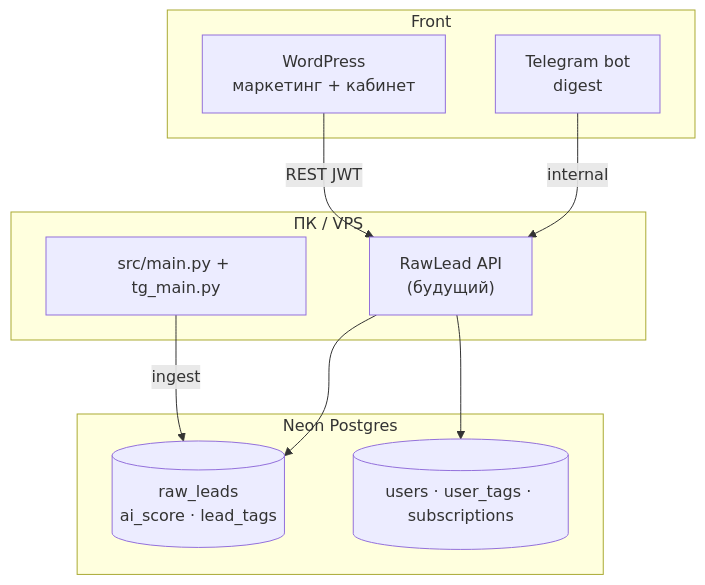
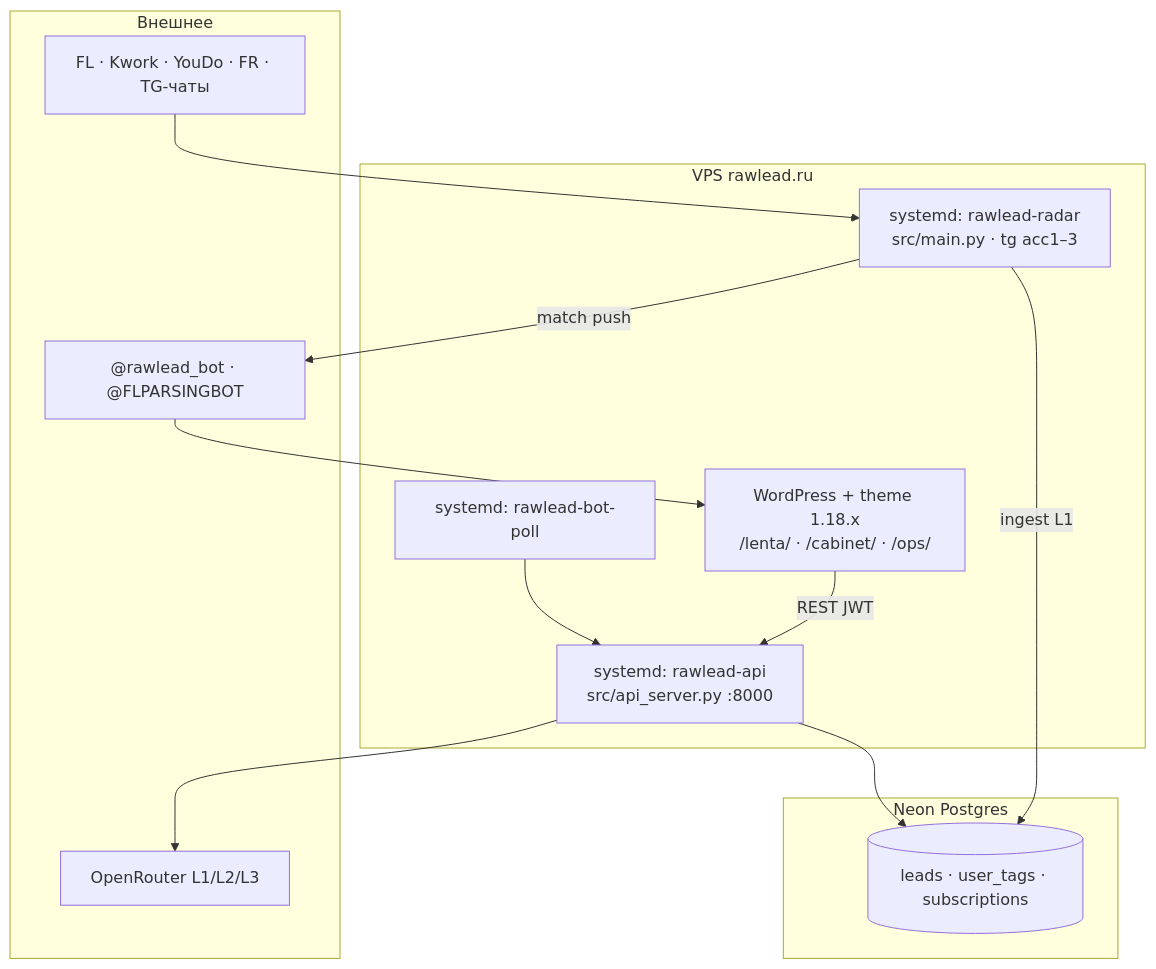
Before and after one commit to Rode51/rawlead: the first of 3 diagrams in docs/team/architect/ARCHITECTURE.md, drawn with Mermaid. The commit also changed other lines of this file and 5 other files, not shown here.

First line of the commit message:
docs: ARCHITECTURE v0.12 prod VPS; O121-w2b verify

````diff
--- a/docs/team/architect/ARCHITECTURE.md
+++ b/docs/team/architect/ARCHITECTURE.md
@@ -16,21 +13,26 @@
 ```mermaid
 flowchart TB
-  subgraph pc["ПК / VPS"]
-    RADAR["src/main.py + tg_main.py"]
-    API["RawLead API\n(будущий)"]
+  subgraph vps["VPS rawlead.ru"]
+    RADAR["systemd: rawlead-radar\nsrc/main.py · tg acc1–3"]
+    API["systemd: rawlead-api\nsrc/api_server.py :8000"]
+    POLL["systemd: rawlead-bot-poll"]
+    WP["WordPress + theme 1.18.x\n/lenta/ · /cabinet/ · /ops/"]
   end
   subgraph neon["Neon Postgres"]
-    RL[("raw_leads\nai_score · lead_tags")]
-    USR[("users · user_tags · subscriptions")]
+    LEADS[("leads · user_tags · subscriptions")]
   end
-  subgraph front["Front"]
-    WP["WordPress\nмаркетинг + кабинет"]
-    BOT["Telegram bot\ndigest"]
+  subgraph ext["Внешнее"]
+    EX["FL · Kwork · YouDo · FR · TG-чаты"]
+    OR["OpenRouter L1/L2/L3"]
+    TB["@rawlead_bot · @FLPARSINGBOT"]
   end
 
-  RADAR -->|ingest| RL
+  EX --> RADAR
+  RADAR -->|ingest L1| LEADS
+  RADAR -->|match push| TB
   WP -->|REST JWT| API
-  BOT -->|internal| API
-  API --> RL
-  API --> USR
+  API --> LEADS
+  API --> OR
+  POLL --> API
+  TB --> WP
 ```
````
